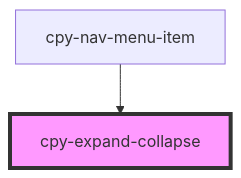
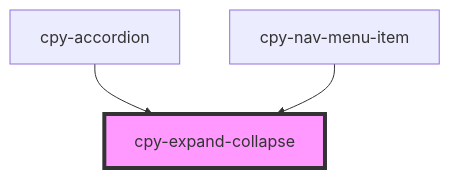
Before and after one commit to Lith1um/Canopy-Stencil: the diagram in stencil-lib/src/components/expand-collapse/readme.md, drawn with Mermaid. The commit also changed other lines of this file and 17 other files, not shown here.

````diff
--- a/stencil-lib/src/components/expand-collapse/readme.md
+++ b/stencil-lib/src/components/expand-collapse/readme.md
@@ -63,5 +64,6 @@
 ```mermaid
 graph TD;
+  cpy-accordion --> cpy-expand-collapse
   cpy-nav-menu-item --> cpy-expand-collapse
   style cpy-expand-collapse fill:#f9f,stroke:#333,stroke-width:4px
 ```
````
